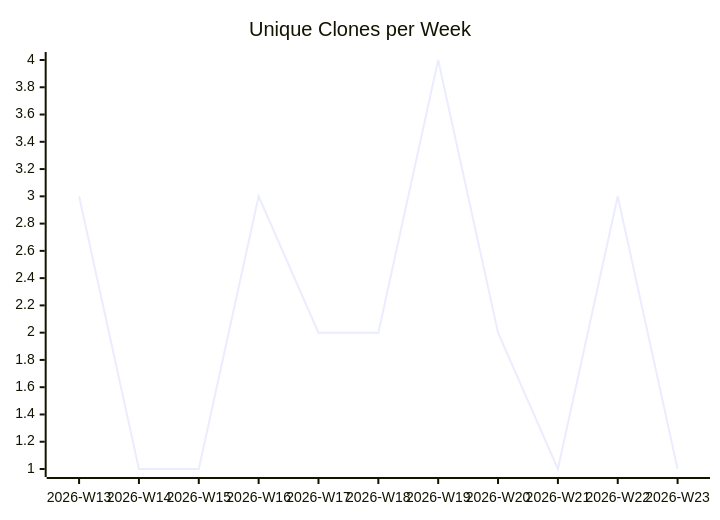
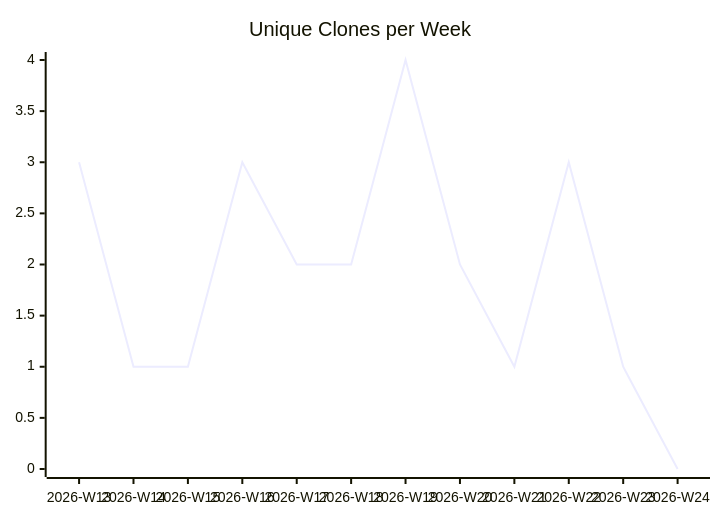
Before and after one commit to justdavis-family/github-analytics-data: the third of 3 diagrams in karlmdavis/perfect-note/README.md, drawn with Mermaid. The commit also changed other lines of this file and 189 other files, not shown here.

````diff
--- a/karlmdavis/perfect-note/README.md
+++ b/karlmdavis/perfect-note/README.md
@@ -19,6 +19,6 @@
 ```mermaid
 xychart-beta
   title "Unique Clones per Week"
-  x-axis ["2026-W13", "2026-W14", "2026-W15", "2026-W16", "2026-W17", "2026-W18", "2026-W19", "2026-W20", "2026-W21", "2026-W22", "2026-W23"]
-  line [3, 1, 1, 3, 2, 2, 4, 2, 1, 3, 1]
+  x-axis ["2026-W13", "2026-W14", "2026-W15", "2026-W16", "2026-W17", "2026-W18", "2026-W19", "2026-W20", "2026-W21", "2026-W22", "2026-W23", "2026-W24"]
+  line [3, 1, 1, 3, 2, 2, 4, 2, 1, 3, 1, 0]
 ```
````
